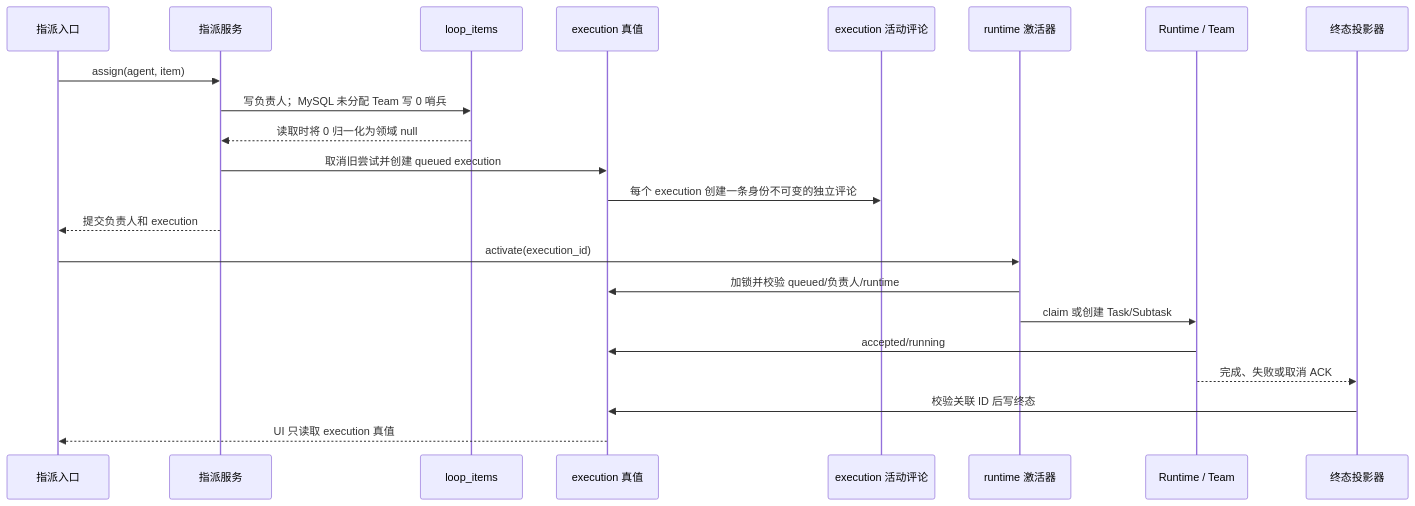
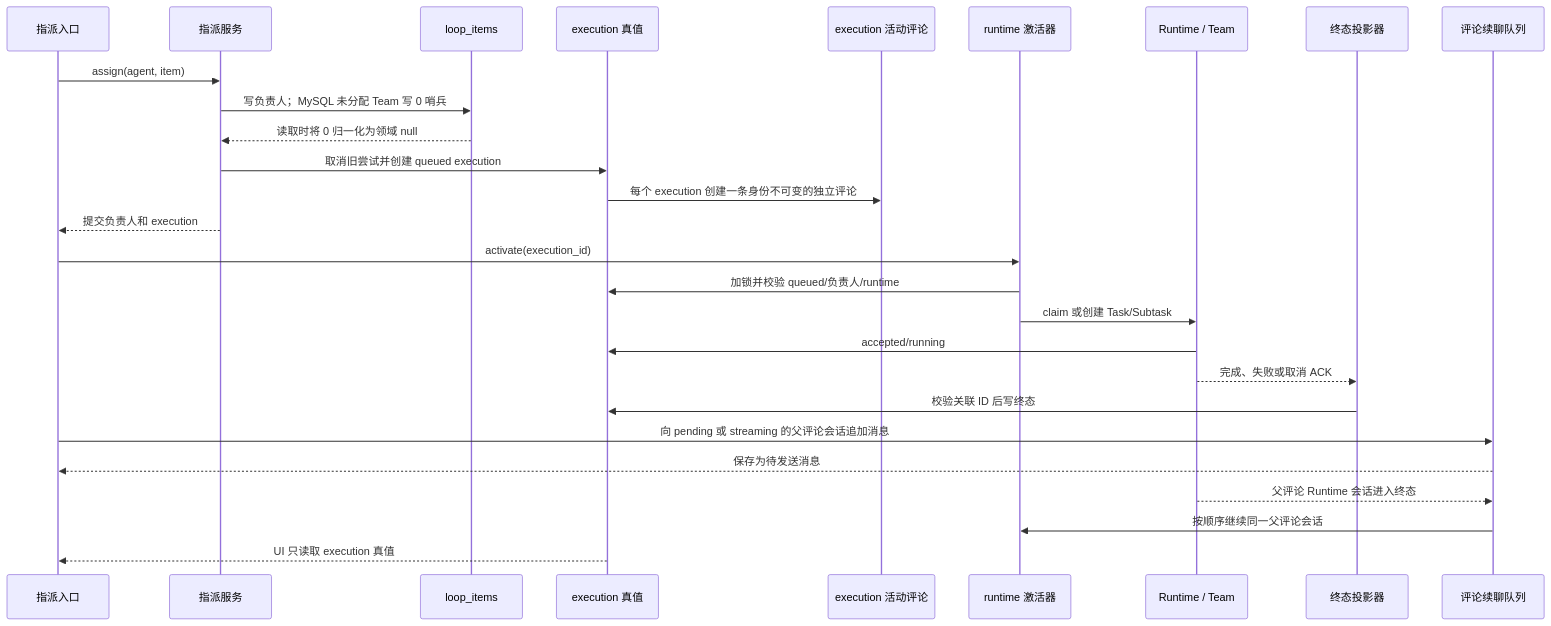
One commit to wecode-ai/wegent-docs changed the second of 2 diagrams in i18n/zh/docusaurus-plugin-content-docs/current/architecture/board-automation.md. Above: the diagram before and after it, drawn with Mermaid. The commit also changed other lines of this file and 3 other files, not shown here.

````diff
--- a/i18n/zh/docusaurus-plugin-content-docs/current/architecture/board-automation.md
+++ b/i18n/zh/docusaurus-plugin-content-docs/current/architecture/board-automation.md
@@ -30,25 +33,30 @@
 ```mermaid
 sequenceDiagram
     participant E as 指派入口
     participant A as 指派服务
     participant I as loop_items
     participant X as execution 真值
     participant C as execution 活动评论
     participant R as runtime 激活器
     participant T as Runtime / Team
     participant P as 终态投影器
+    participant Q as 评论续聊队列
 
     E->>A: assign(agent, item)
     A->>I: 写负责人；MySQL 未分配 Team 写 0 哨兵
     I-->>A: 读取时将 0 归一化为领域 null
     A->>X: 取消旧尝试并创建 queued execution
     X->>C: 每个 execution 创建一条身份不可变的独立评论
     A-->>E: 提交负责人和 execution
     E->>R: activate(execution_id)
     R->>X: 加锁并校验 queued/负责人/runtime
     R->>T: claim 或创建 Task/Subtask
     T->>X: accepted/running
     T-->>P: 完成、失败或取消 ACK
     P->>X: 校验关联 ID 后写终态
+    E->>Q: 向 pending 或 streaming 的父评论会话追加消息
+    Q-->>E: 保存为待发送消息
+    T-->>Q: 父评论 Runtime 会话进入终态
+    Q->>R: 按顺序继续同一父评论会话
     X-->>E: UI 只读取 execution 真值
 ```
````
